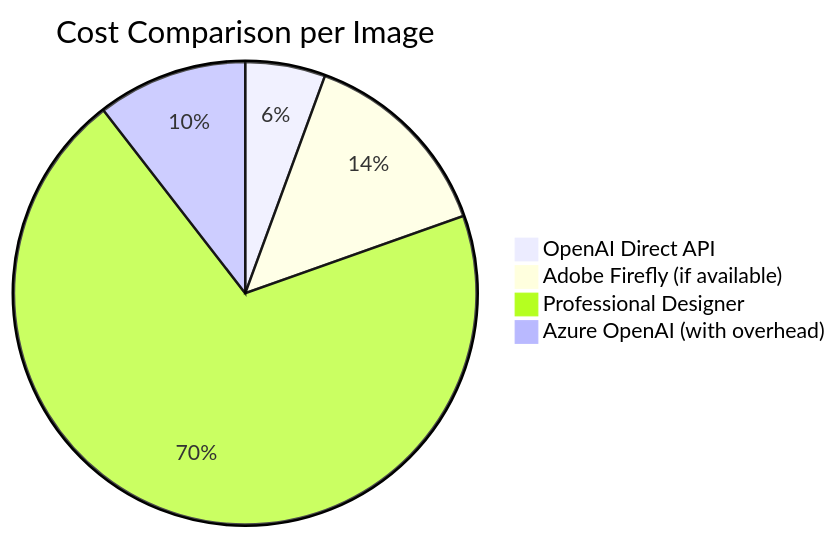
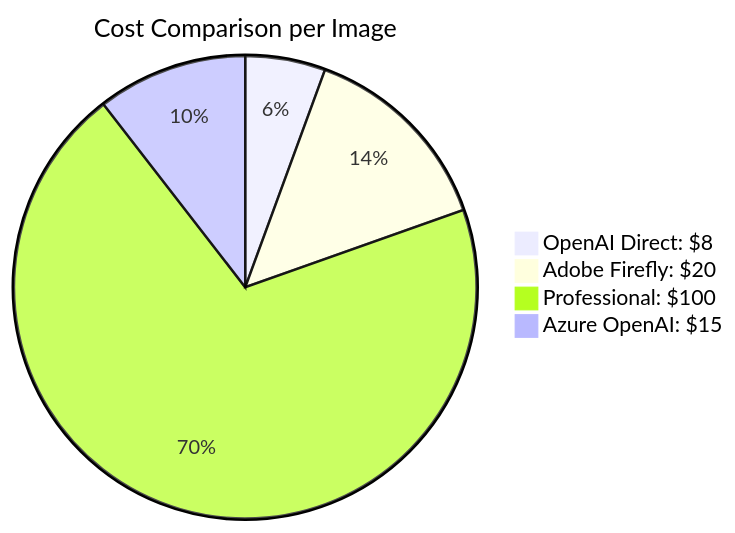
Before and after one commit to victorsaly/WorldLeadersGame: the third of 3 diagrams in docs/_posts/2025-08-04-ai-linkedin-image-generation-professional-marketing.md, drawn with Mermaid. The commit also changed 7 other files, not shown here.

Commit message:
🎨 Update Mermaid Diagrams for Enhanced Clarity and Readability

````diff
--- a/docs/_posts/2025-08-04-ai-linkedin-image-generation-professional-marketing.md
+++ b/docs/_posts/2025-08-04-ai-linkedin-image-generation-professional-marketing.md
@@ -402,7 +402,8 @@
 ```mermaid
+%%{init: {'pie': {'textPosition': 0.75}, 'themeVariables': {'pieOuterStrokeWidth': '2px', 'pieSectionTextSize': '16px', 'pieTitleTextSize': '20px'}}}%%
 pie title Cost Comparison per Image
-    "OpenAI Direct API" : 8
-    "Adobe Firefly (if available)" : 20
-    "Professional Designer" : 100
-    "Azure OpenAI (with overhead)" : 15
+    "OpenAI Direct: $8" : 8
+    "Adobe Firefly: $20" : 20
+    "Professional: $100" : 100
+    "Azure OpenAI: $15" : 15
 ```
````
